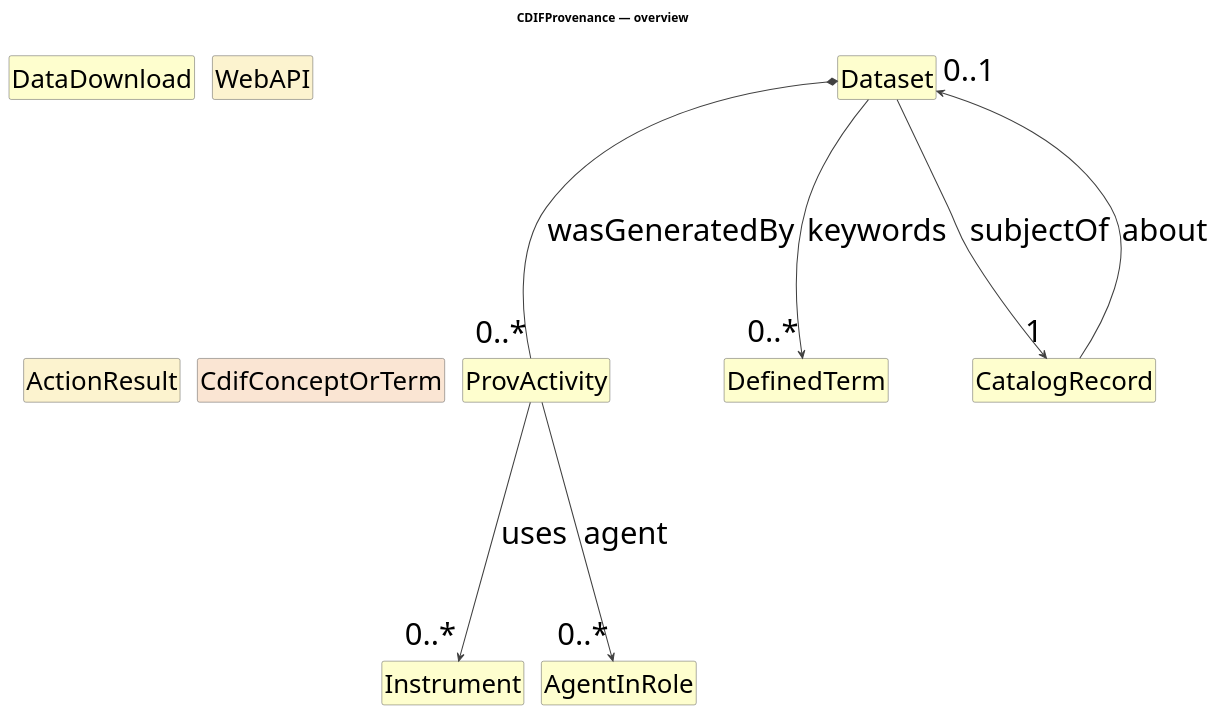
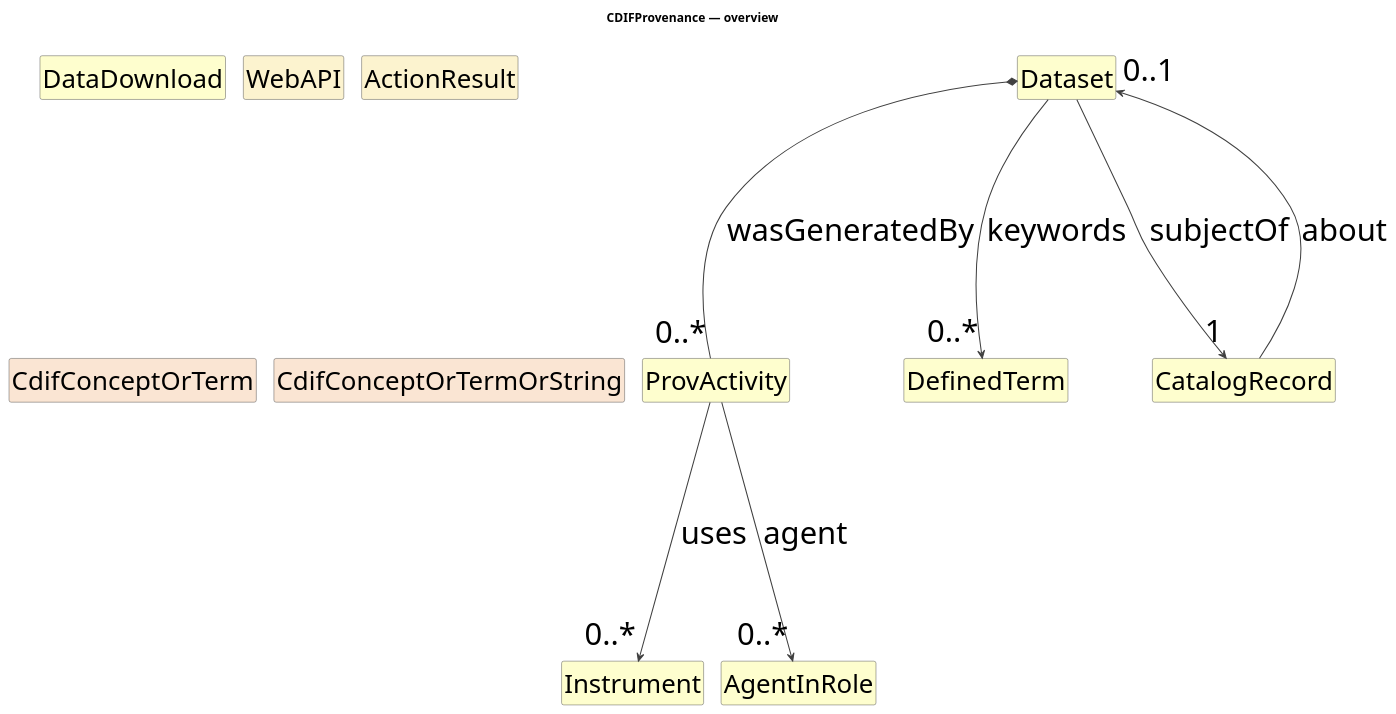
Before and after one commit to Cross-Domain-Interoperability-Framework/metadataBuildingBlocks: the diagram in cdif-uml-model/_plantuml/cdifProvenance/index.local.pu, drawn with PlantUML. The commit also changed 167 other files, not shown here.

First line of the commit message:
Consolidate 'string OR concept-or-term' union into cdifConceptOrTermOrString BB

```diff
--- a/cdif-uml-model/_plantuml/cdifProvenance/index.local.pu
+++ b/cdif-uml-model/_plantuml/cdifProvenance/index.local.pu
@@ -1,34 +1,35 @@
 @startuml
 title CDIFProvenance — overview
 hide circle
 hide empty members
 skinparam shadowing false
 skinparam ArrowThickness 1.2
 skinparam ranksep 250
 skinparam nodesep 20
 skinparam defaultFontSize 36
 skinparam class {
   ArrowColor #404040
   BorderColor #404040
   FontSize 36
   AttributeFontSize 30
 }
 
 class "ProvActivity" as ProvActivity #FEFECE
 class "Instrument" as Instrument #FEFECE
 class "AgentInRole" as AgentInRole #FEFECE
 class "Dataset" as Dataset #FEFECE
 class "DataDownload" as DataDownload #FEFECE
 class "WebAPI" as WebAPI #FCF3CF
 class "ActionResult" as ActionResult #FCF3CF
 class "DefinedTerm" as DefinedTerm #FEFECE
 class "CatalogRecord" as CatalogRecord #FEFECE
 class "CdifConceptOrTerm" as CdifConceptOrTerm #FAE5D3
+class "CdifConceptOrTermOrString" as CdifConceptOrTermOrString #FAE5D3
 ProvActivity --> "0..*" Instrument : uses
 ProvActivity --> "0..*" AgentInRole : agent
 Dataset *-- "0..*" ProvActivity : wasGeneratedBy
 Dataset --> "1" CatalogRecord : subjectOf
 Dataset --> "0..*" DefinedTerm : keywords
 CatalogRecord --> "0..1" Dataset : about
 
 @enduml
```
